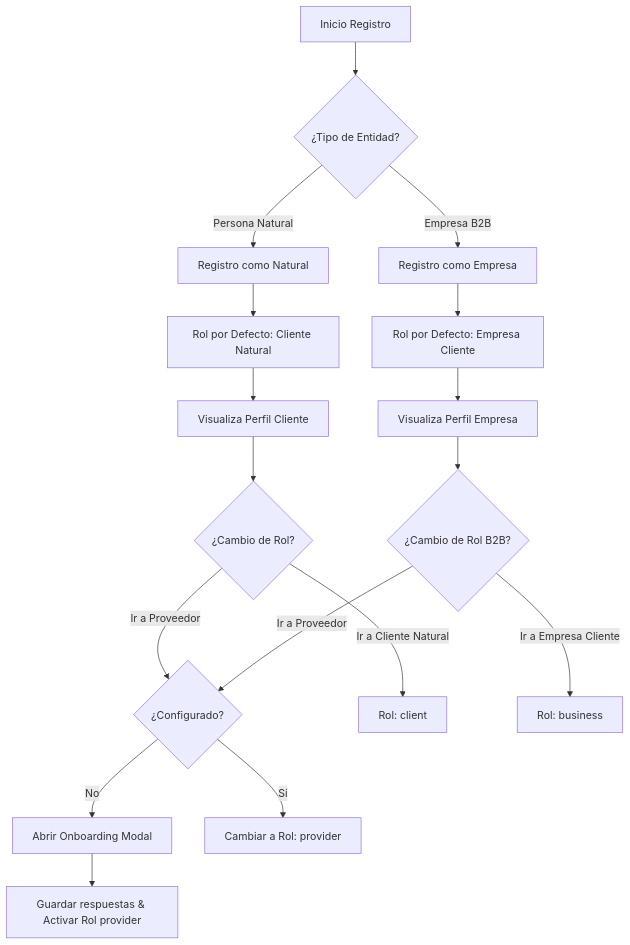
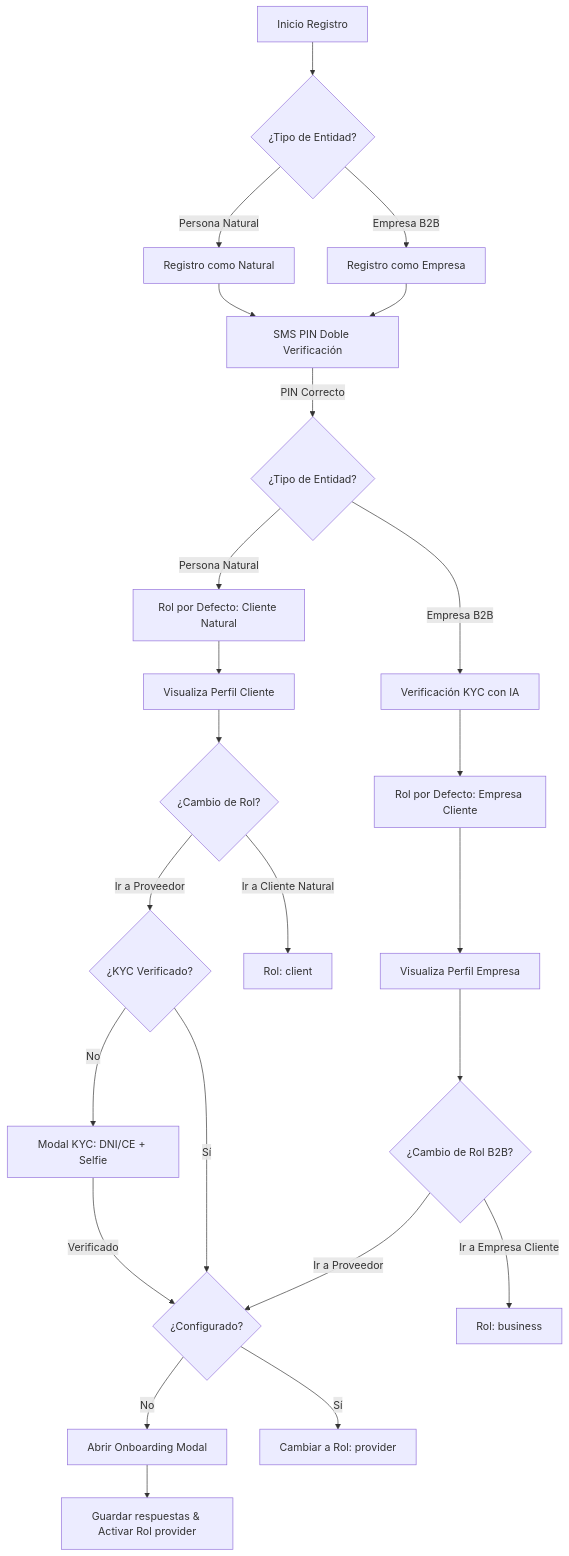
One commit to Todo-Yaa/TodoYa changed the third of 5 diagrams in FICHA_TECNICA.md. Above: the diagram before and after it, drawn with Mermaid. The commit also changed other lines of this file and 6 other files, not shown here.

Commit message:
feat: registro con celular, doble verificacion PIN SMS y KYC para proveedores

````diff
--- a/FICHA_TECNICA.md
+++ b/FICHA_TECNICA.md
@@ -272,25 +278,32 @@
 ```mermaid
 graph TD
     A[Inicio Registro] --> B{¿Tipo de Entidad?}
     B -->|Persona Natural| C[Registro como Natural]
     B -->|Empresa B2B| D[Registro como Empresa]
     
-    C --> E[Rol por Defecto: Cliente Natural]
-    D --> F[Rol por Defecto: Empresa Cliente]
+    C & D --> PIN[SMS PIN Doble Verificación]
+    PIN -->|PIN Correcto| B2{¿Tipo de Entidad?}
+    
+    B2 -->|Persona Natural| E[Rol por Defecto: Cliente Natural]
+    B2 -->|Empresa B2B| KYC_CORP[Verificación KYC con IA]
+    KYC_CORP --> F[Rol por Defecto: Empresa Cliente]
     
     E --> G[Visualiza Perfil Cliente]
     F --> H[Visualiza Perfil Empresa]
     
     G --> I{¿Cambio de Rol?}
-    I -->|Ir a Proveedor| J{¿Configurado?}
+    I -->|Ir a Proveedor| KYC_PROV{¿KYC Verificado?}
+    KYC_PROV -->|No| KYC_FLOW[Modal KYC: DNI/CE + Selfie]
+    KYC_FLOW -->|Verificado| J{¿Configurado?}
+    KYC_PROV -->|Sí| J
     I -->|Ir a Cliente Natural| K[Rol: client]
     
     H --> L{¿Cambio de Rol B2B?}
     L -->|Ir a Proveedor| J
     L -->|Ir a Empresa Cliente| M[Rol: business]
     
     J -->|No| N[Abrir Onboarding Modal]
     J -->|Sí| O[Cambiar a Rol: provider]
     
     N --> P[Guardar respuestas & Activar Rol provider]
 ```
````
